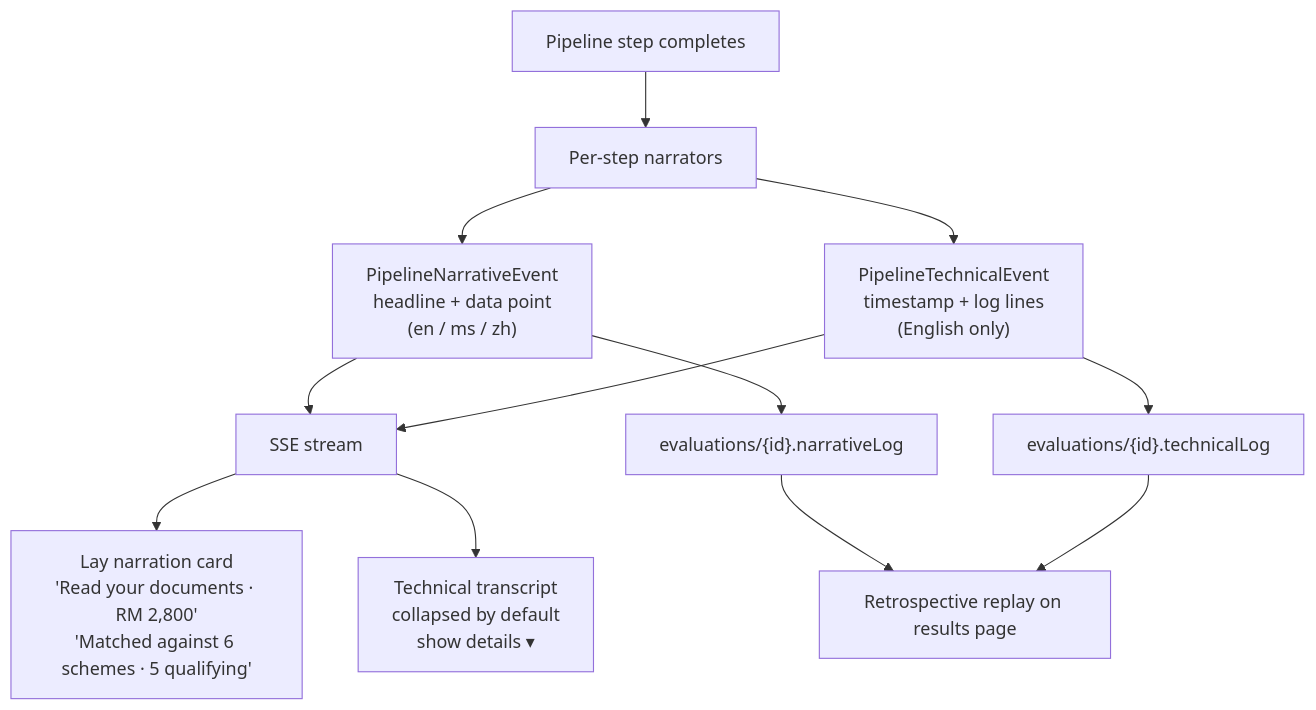
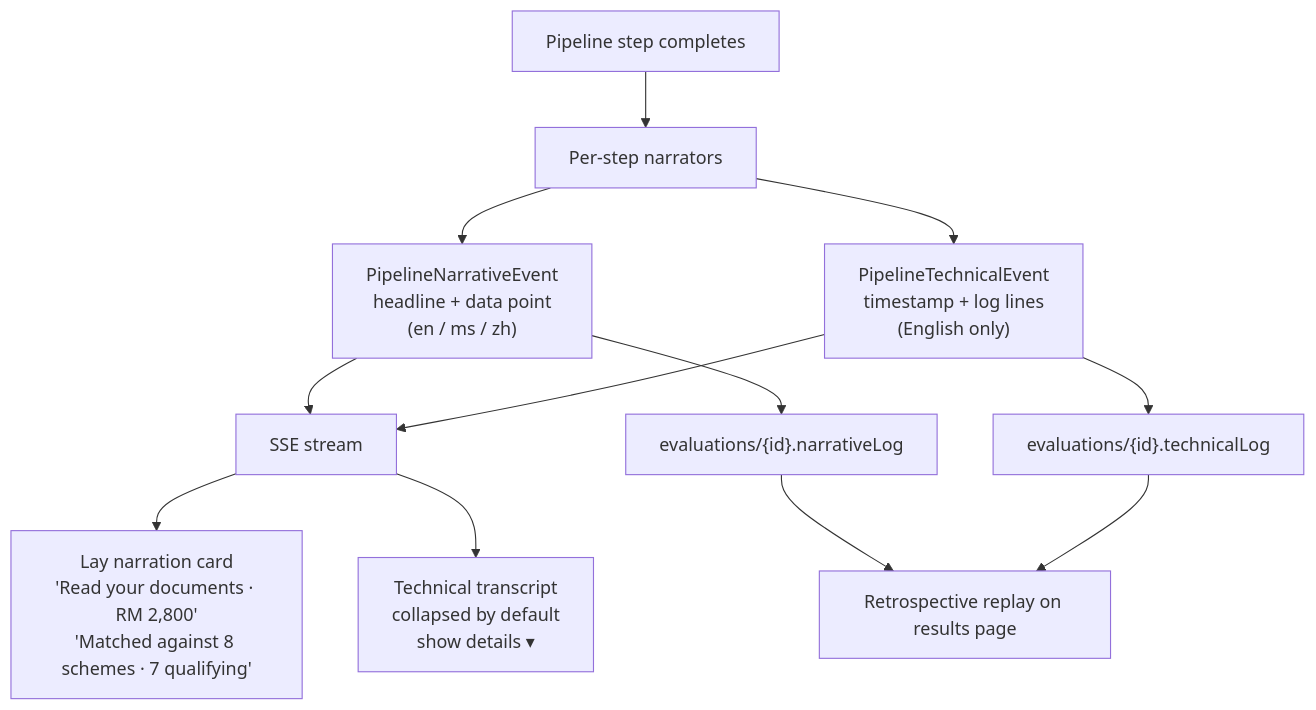
Before and after one commit to AlaskanTuna/Layak: the eighth of 8 diagrams in README.md, drawn with Mermaid. The commit also changed other lines of this file and 6 other files, not shown here.

````diff
--- a/README.md
+++ b/README.md
@@ -298,14 +298,14 @@
 ```mermaid
 flowchart TD
     Step[Pipeline step completes] --> Narrate[Per-step narrators]
     Narrate --> Tier1["PipelineNarrativeEvent<br/>headline + data point<br/>(en / ms / zh)"]
     Narrate --> Tier2["PipelineTechnicalEvent<br/>timestamp + log lines<br/>(English only)"]
     Tier1 --> SSE[SSE stream]
     Tier2 --> SSE
-    SSE --> Lay["Lay narration card<br/>'Read your documents · RM 2,800'<br/>'Matched against 6 schemes · 5 qualifying'"]
+    SSE --> Lay["Lay narration card<br/>'Read your documents · RM 2,800'<br/>'Matched against 8 schemes · 7 qualifying'"]
     SSE --> Tech["Technical transcript<br/>collapsed by default<br/>show details ▾"]
     Tier1 --> Firestore["evaluations/{id}.narrativeLog"]
     Tier2 --> Firestore2["evaluations/{id}.technicalLog"]
     Firestore --> Replay[Retrospective replay on results page]
     Firestore2 --> Replay
 ```
````
